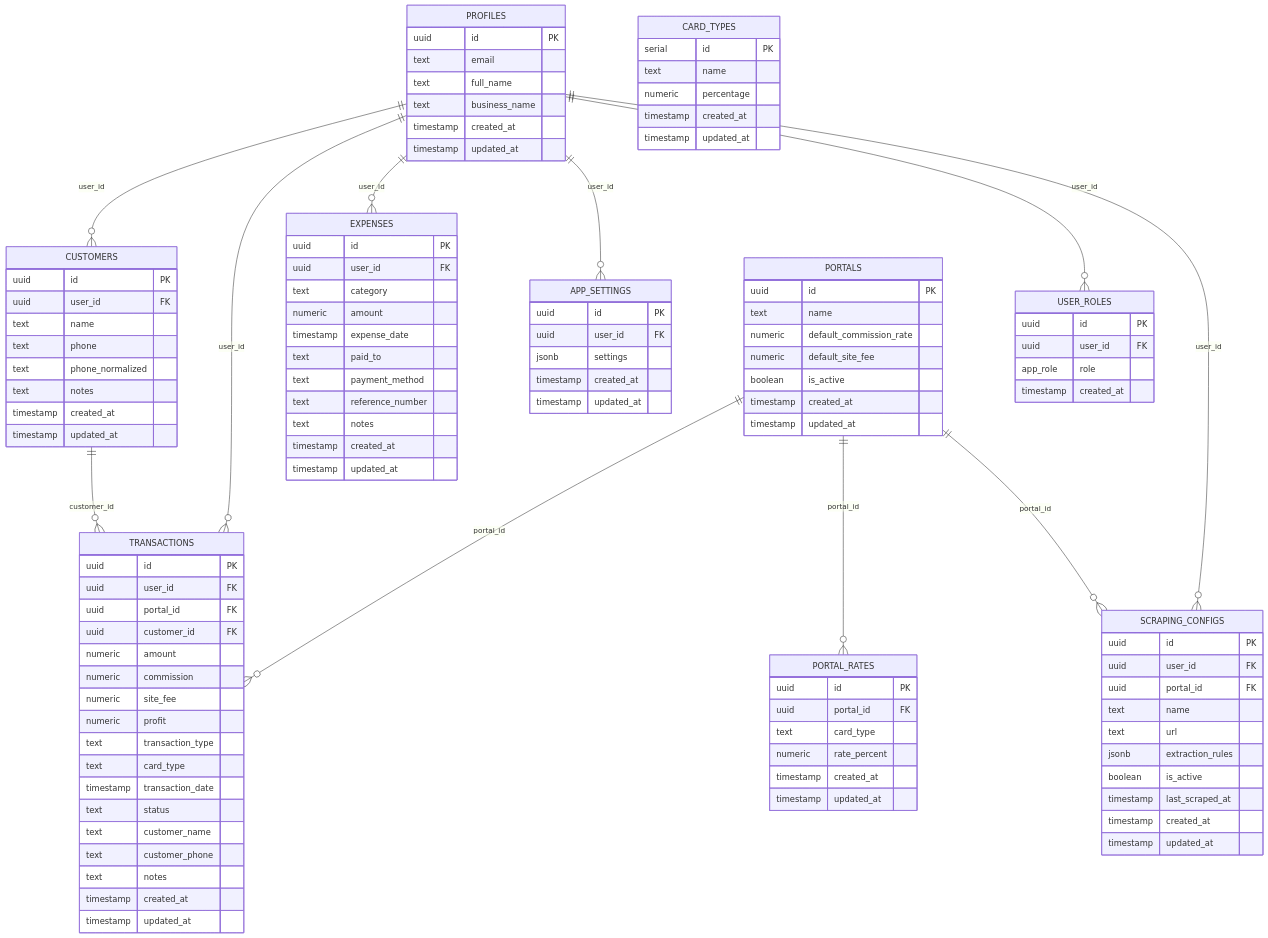
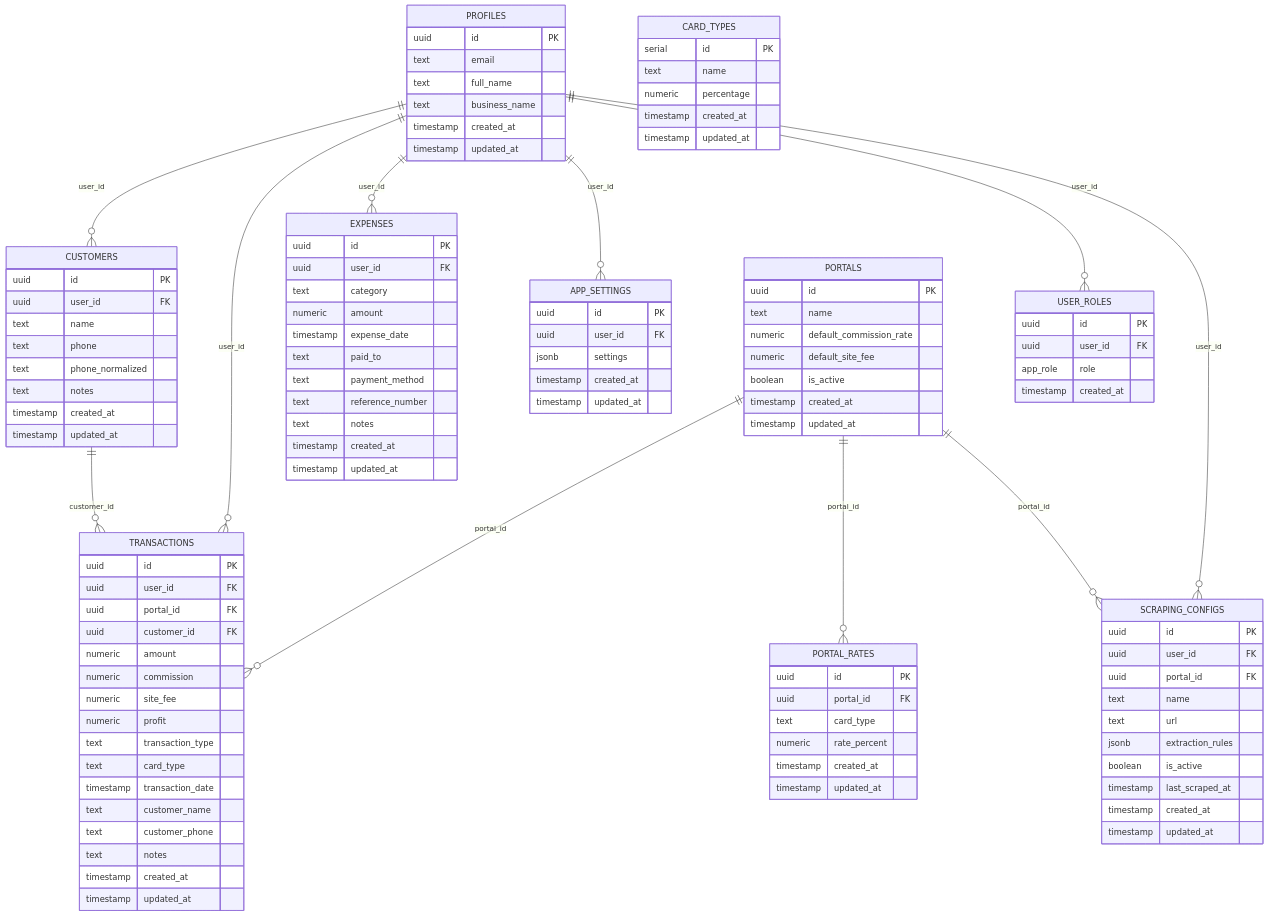
One commit to srimanthadep/Payment-Track changed the diagram in docs/DATABASE_SCHEMA.md. Above: the diagram before and after it, drawn with Mermaid. The commit also changed other lines of this file and 24 other files, not shown here.

```diff
--- a/docs/DATABASE_SCHEMA.md
+++ b/docs/DATABASE_SCHEMA.md
@@ -52,7 +52,6 @@
         text transaction_type
         text card_type
         timestamp transaction_date
-        text status
         text customer_name
         text customer_phone
         text notes
```
